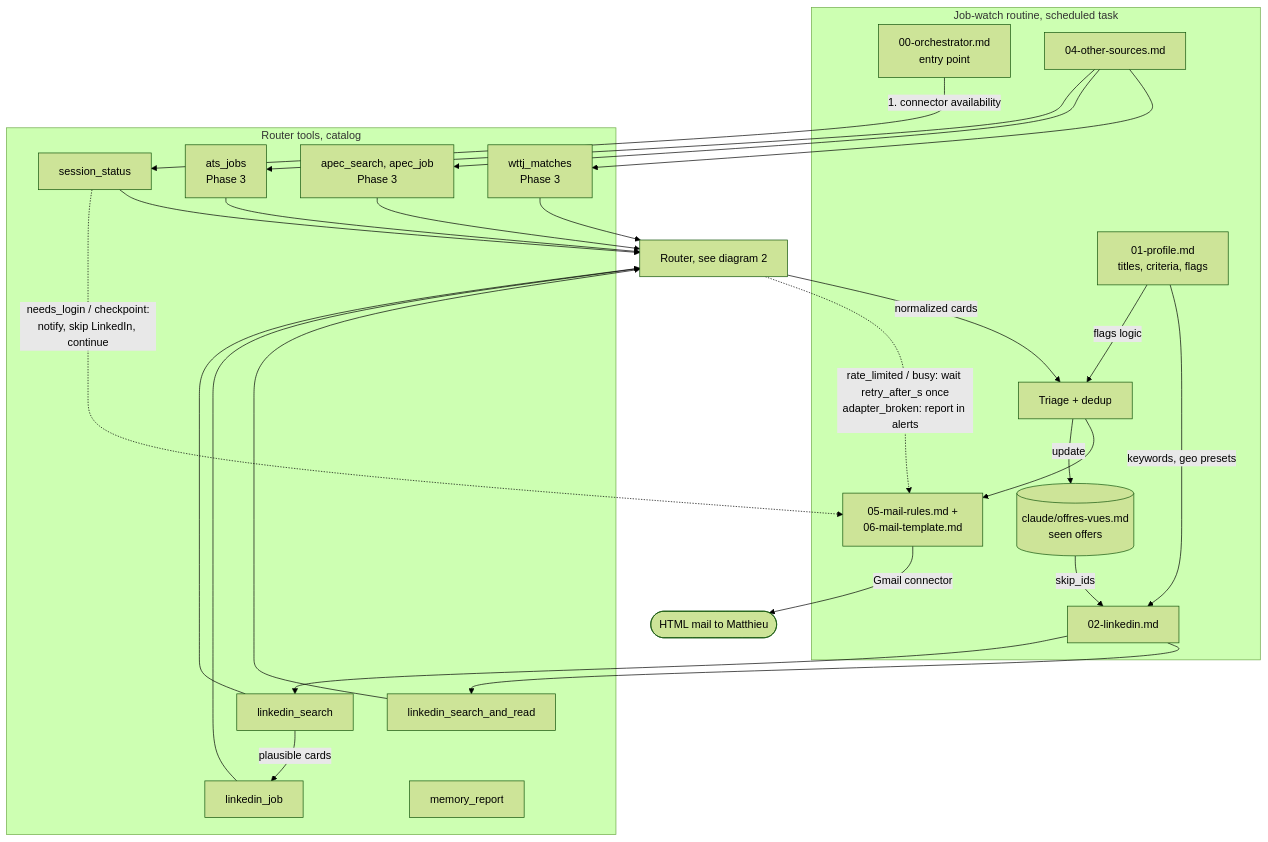
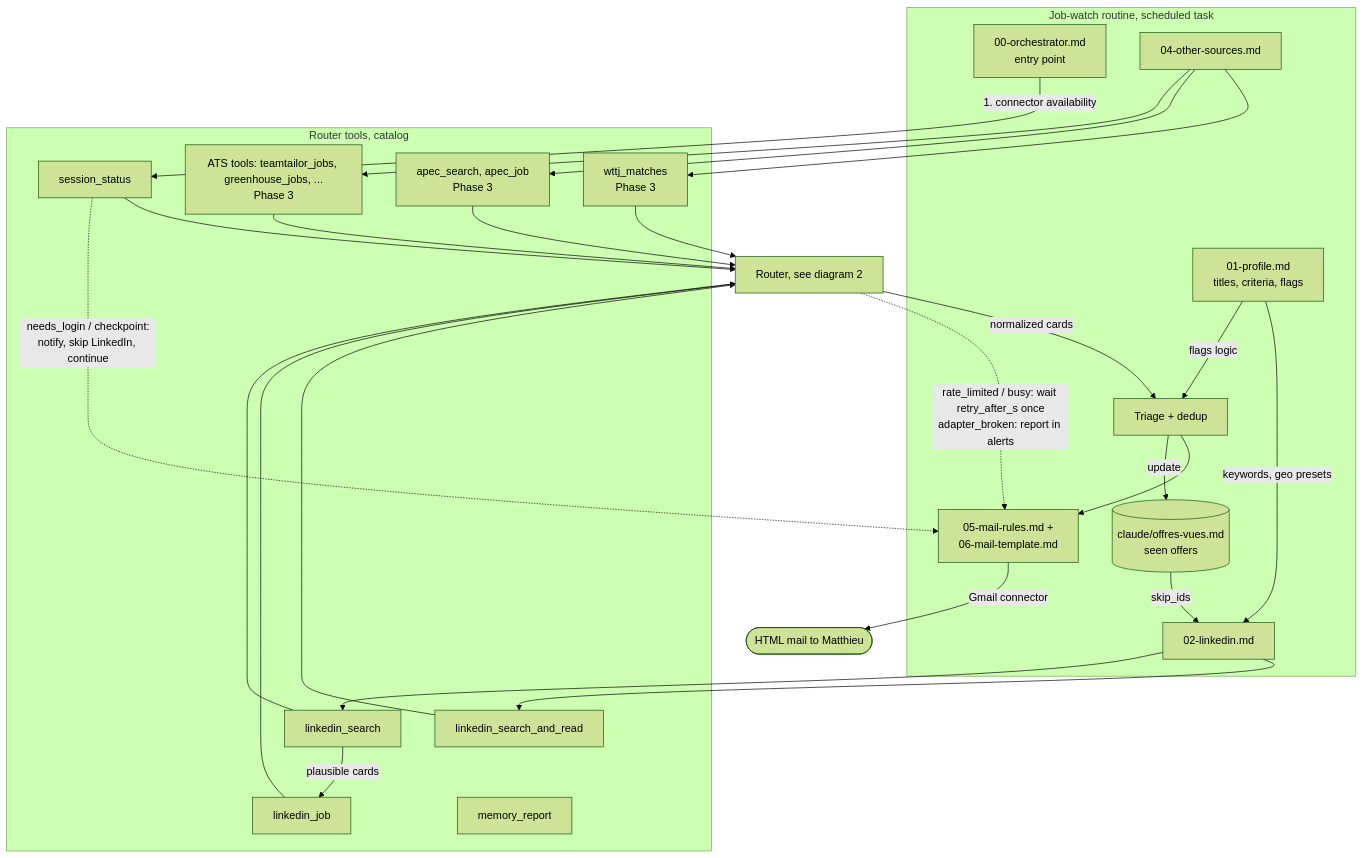
The fifth of 7 diagrams in 16-architecture-diagrams.md (notcheu/jobwatch-mcp), drawn with Mermaid (forest theme) before and after one commit. The commit also changed 4 other files, not shown here.

````diff
--- a/16-architecture-diagrams.md
+++ b/16-architecture-diagrams.md
@@ -188,43 +188,43 @@
 ```mermaid
 flowchart TB
   subgraph Routine["Job-watch routine, scheduled task"]
     Orch["00-orchestrator.md<br/>entry point"]
     Prof["01-profile.md<br/>titles, criteria, flags"]
     LIs["02-linkedin.md"]
     Oth["04-other-sources.md"]
     Mem[("claude/offres-vues.md<br/>seen offers")]
     Triage["Triage + dedup"]
     Mail["05-mail-rules.md +<br/>06-mail-template.md"]
   end
 
   subgraph Tools["Router tools, catalog"]
     SS["session_status"]
     LS["linkedin_search"]
     LJ["linkedin_job"]
     LSR["linkedin_search_and_read"]
     WM["wttj_matches<br/>Phase 3"]
     AS["apec_search, apec_job<br/>Phase 3"]
-    AJ["ats_jobs<br/>Phase 3"]
+    AJ["ATS tools: teamtailor_jobs, greenhouse_jobs, ...<br/>Phase 3"]
     MR["memory_report"]
   end
 
   Orch -- "1. connector availability" --> SS
   Prof -- "keywords, geo presets" --> LIs
   Mem -- "skip_ids" --> LIs
   LIs --> LSR
   LIs --> LS
   LS -- "plausible cards" --> LJ
   Oth --> WM
   Oth --> AS
   Oth --> AJ
 
   SS & LSR & LS & LJ & WM & AS & AJ --> RouterBox["Router, see diagram 2"]
   RouterBox -- "normalized cards" --> Triage
   Prof -- "flags logic" --> Triage
   Triage --> Mail
   Triage -- "update" --> Mem
   Mail -- "Gmail connector" --> Out(["HTML mail to Matthieu"])
 
   SS -. "needs_login / checkpoint:<br/>notify, skip LinkedIn, continue" .-> Mail
   RouterBox -. "rate_limited / busy: wait retry_after_s once<br/>adapter_broken: report in alerts" .-> Mail
 ```
````
